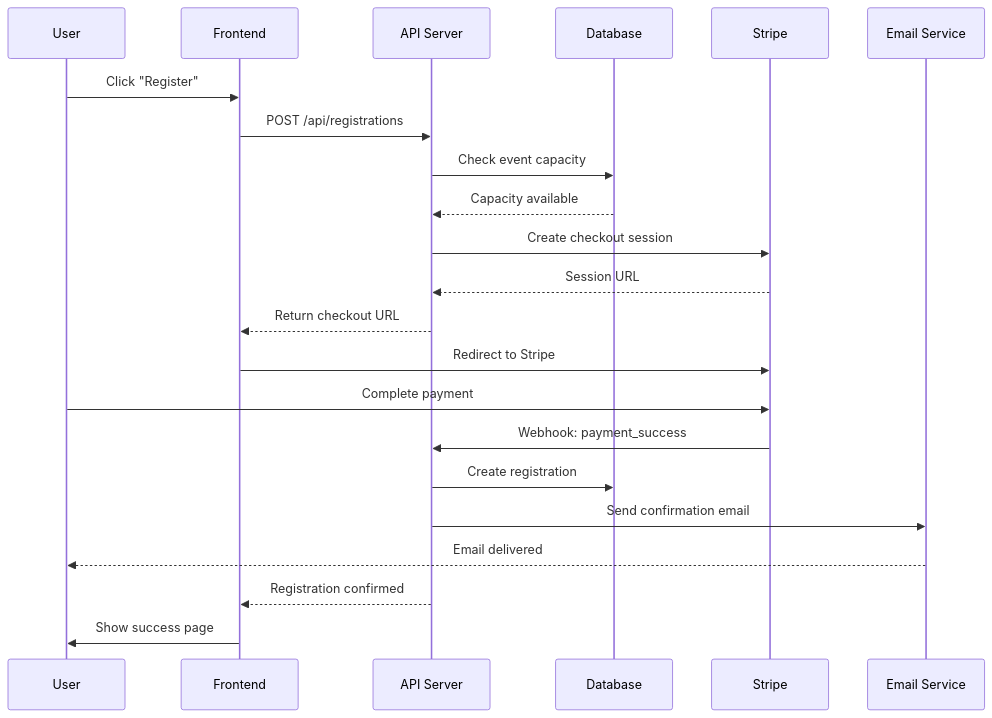
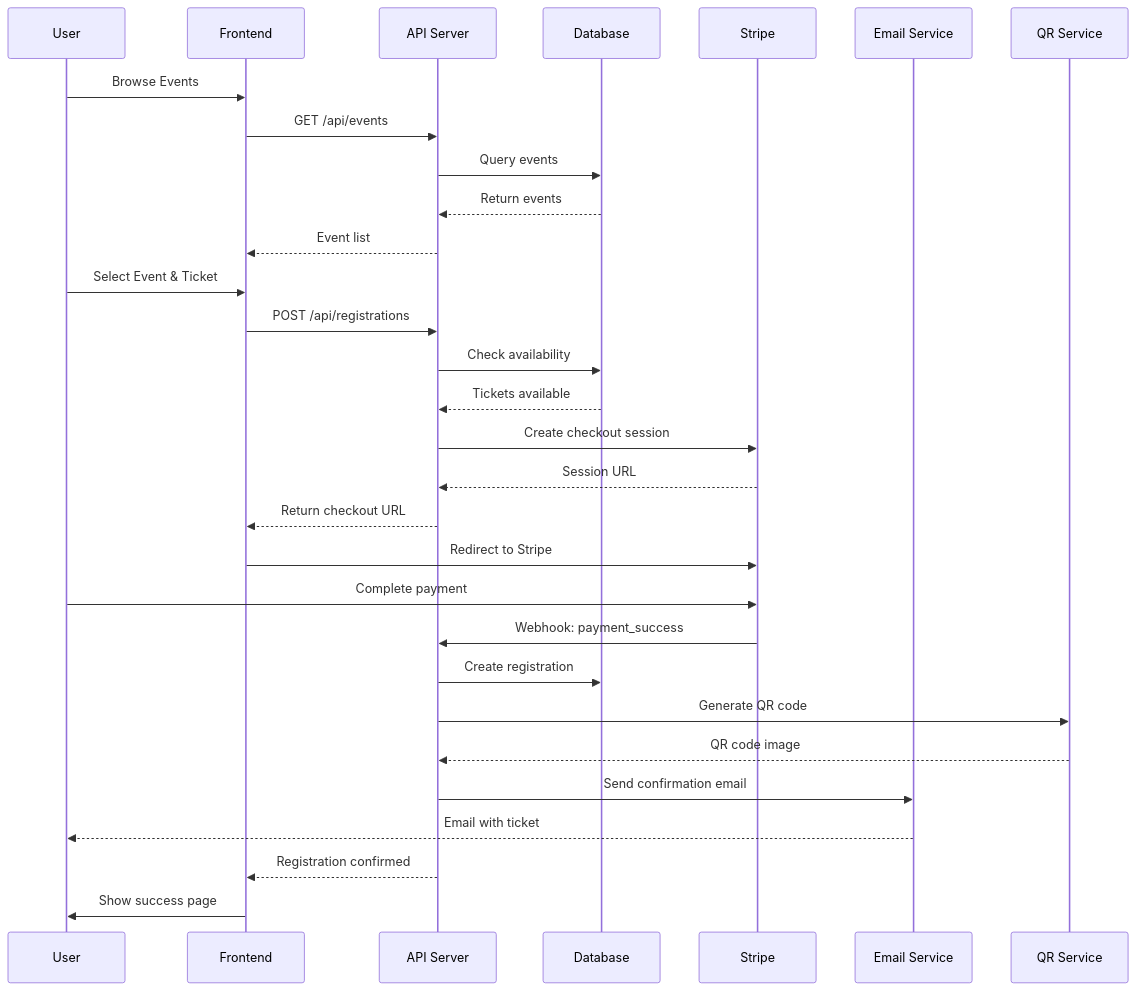
The third of 6 diagrams in Project/README.md (Deimos999/Web-dev), drawn with Mermaid before and after one commit. The commit also changed other lines of this file, not shown here.

````diff
--- a/Project/README.md
+++ b/Project/README.md
@@ -133,25 +132,35 @@
 ```mermaid
 sequenceDiagram
     participant U as User
     participant F as Frontend
     participant A as API Server
     participant DB as Database
     participant S as Stripe
     participant E as Email Service
+    participant Q as QR Service
     
-    U->>F: Click "Register"
+    U->>F: Browse Events
+    F->>A: GET /api/events
+    A->>DB: Query events
+    DB-->>A: Return events
+    A-->>F: Event list
+    
+    U->>F: Select Event & Ticket
     F->>A: POST /api/registrations
-    A->>DB: Check event capacity
-    DB-->>A: Capacity available
+    A->>DB: Check availability
+    DB-->>A: Tickets available
     A->>S: Create checkout session
     S-->>A: Session URL
     A-->>F: Return checkout URL
+    
     F->>S: Redirect to Stripe
     U->>S: Complete payment
     S->>A: Webhook: payment_success
     A->>DB: Create registration
+    A->>Q: Generate QR code
+    Q-->>A: QR code image
     A->>E: Send confirmation email
-    E-->>U: Email delivered
+    E-->>U: Email with ticket
     A-->>F: Registration confirmed
     F->>U: Show success page
 ```
````
